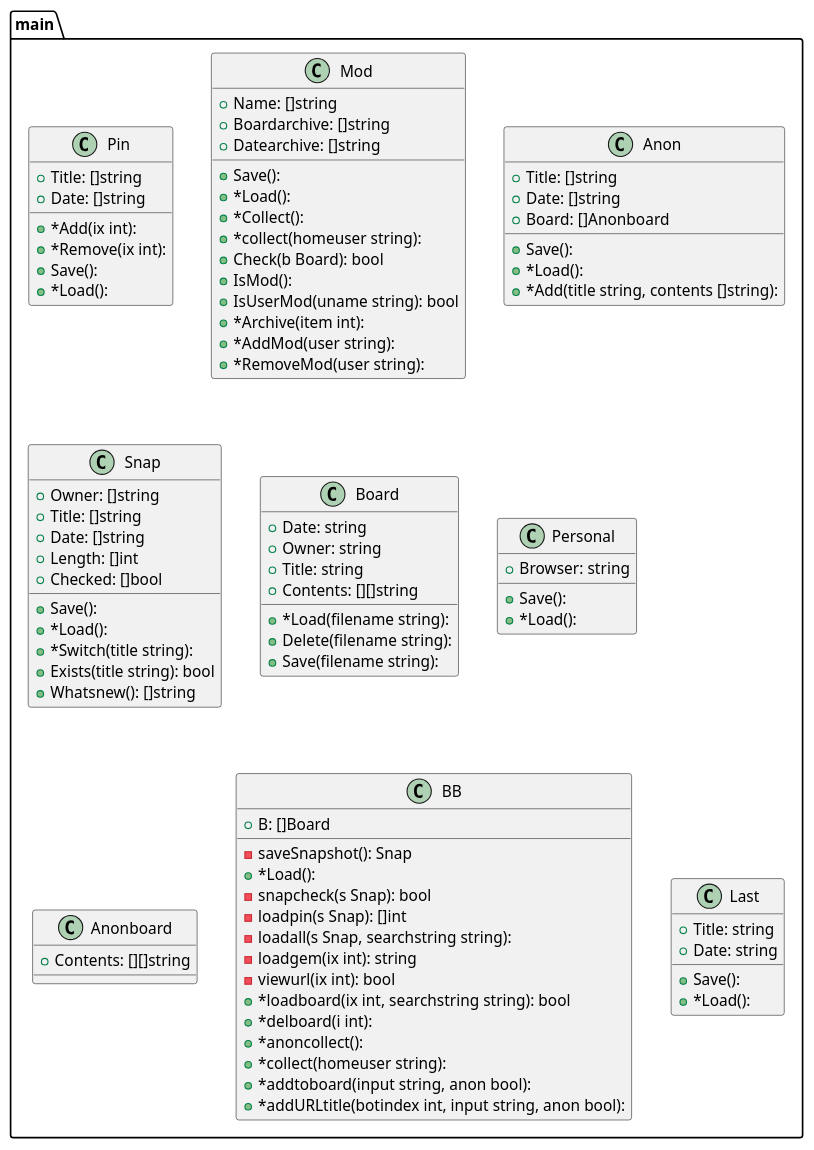
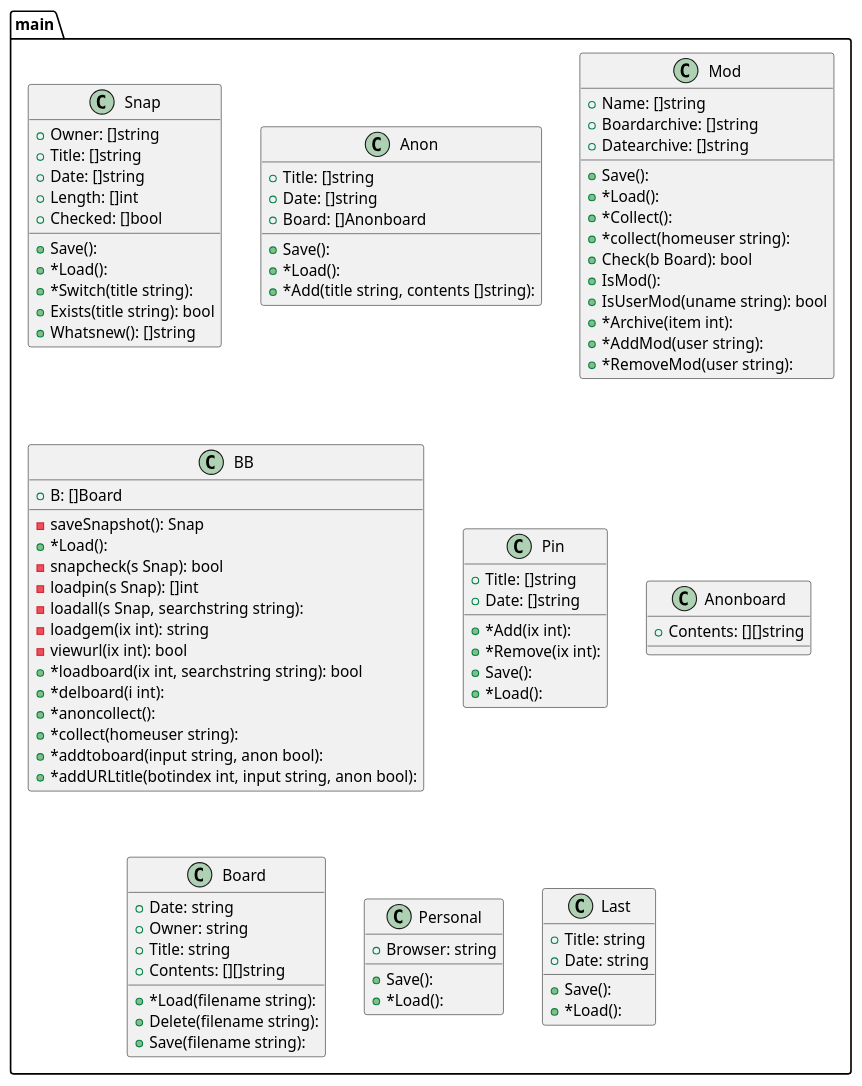
One commit to tbal999/bb changed the diagram in graph.puml. Above: the diagram before and after it, drawn with PlantUML. The commit also changed other lines of this file and 1 other file, not shown here.

```diff
--- a/graph.puml
+++ b/graph.puml
@@ -1,104 +1,104 @@
 @startuml
 package ...main{
-class Pin {
+class Snap {
++Owner: []string
 +Title: []string
 +Date: []string
-+*Add(ix int): 
-+*Remove(ix int): 
++Length: []int
++Checked: []bool
 +Save(): 
 +*Load(): 
++*Switch(title string): 
++Exists(title string): bool
++Whatsnew(): []string
+}
+}
+package ...main{
+class Anon {
++Title: []string
++Date: []string
++Board: []Anonboard
++Save(): 
++*Load(): 
++*Add(title string, contents []string): 
 }
 }
 package ...main{
 class Mod {
 +Name: []string
 +Boardarchive: []string
 +Datearchive: []string
 +Save(): 
 +*Load(): 
 +*Collect(): 
 +*collect(homeuser string): 
 +Check(b Board): bool
 +IsMod(): 
 +IsUserMod(uname string): bool
 +*Archive(item int): 
 +*AddMod(user string): 
 +*RemoveMod(user string): 
 }
 }
 package ...main{
-class Anon {
-+Title: []string
-+Date: []string
-+Board: []Anonboard
-+Save(): 
+class BB {
++B: []Board
+-saveSnapshot(): Snap
 +*Load(): 
-+*Add(title string, contents []string): 
+-snapcheck(s Snap): bool
+-loadpin(s Snap): []int
+-loadall(s Snap, searchstring string): 
+-loadgem(ix int): string
+-viewurl(ix int): bool
++*loadboard(ix int, searchstring string): bool
++*delboard(i int): 
++*anoncollect(): 
++*collect(homeuser string): 
++*addtoboard(input string, anon bool): 
++*addURLtitle(botindex int, input string, anon bool): 
 }
 }
 package ...main{
-class Snap {
-+Owner: []string
+class Pin {
 +Title: []string
 +Date: []string
-+Length: []int
-+Checked: []bool
++*Add(ix int): 
++*Remove(ix int): 
 +Save(): 
 +*Load(): 
-+*Switch(title string): 
-+Exists(title string): bool
-+Whatsnew(): []string
+}
+}
+package ...main{
+class Anonboard {
++Contents: [][]string
+
 }
 }
 package ...main{
 class Board {
 +Date: string
 +Owner: string
 +Title: string
 +Contents: [][]string
 +*Load(filename string): 
 +Delete(filename string): 
 +Save(filename string): 
 }
 }
 package ...main{
 class Personal {
 +Browser: string
 +Save(): 
 +*Load(): 
 }
 }
 package ...main{
-class Anonboard {
-+Contents: [][]string
-
-}
-}
-package ...main{
-class BB {
-+B: []Board
--saveSnapshot(): Snap
-+*Load(): 
--snapcheck(s Snap): bool
--loadpin(s Snap): []int
--loadall(s Snap, searchstring string): 
--loadgem(ix int): string
--viewurl(ix int): bool
-+*loadboard(ix int, searchstring string): bool
-+*delboard(i int): 
-+*anoncollect(): 
-+*collect(homeuser string): 
-+*addtoboard(input string, anon bool): 
-+*addURLtitle(botindex int, input string, anon bool): 
-}
-}
-package ...main{
 class Last {
 +Title: string
 +Date: string
 +Save(): 
 +*Load(): 
 }
 }
 
 @enduml
```
